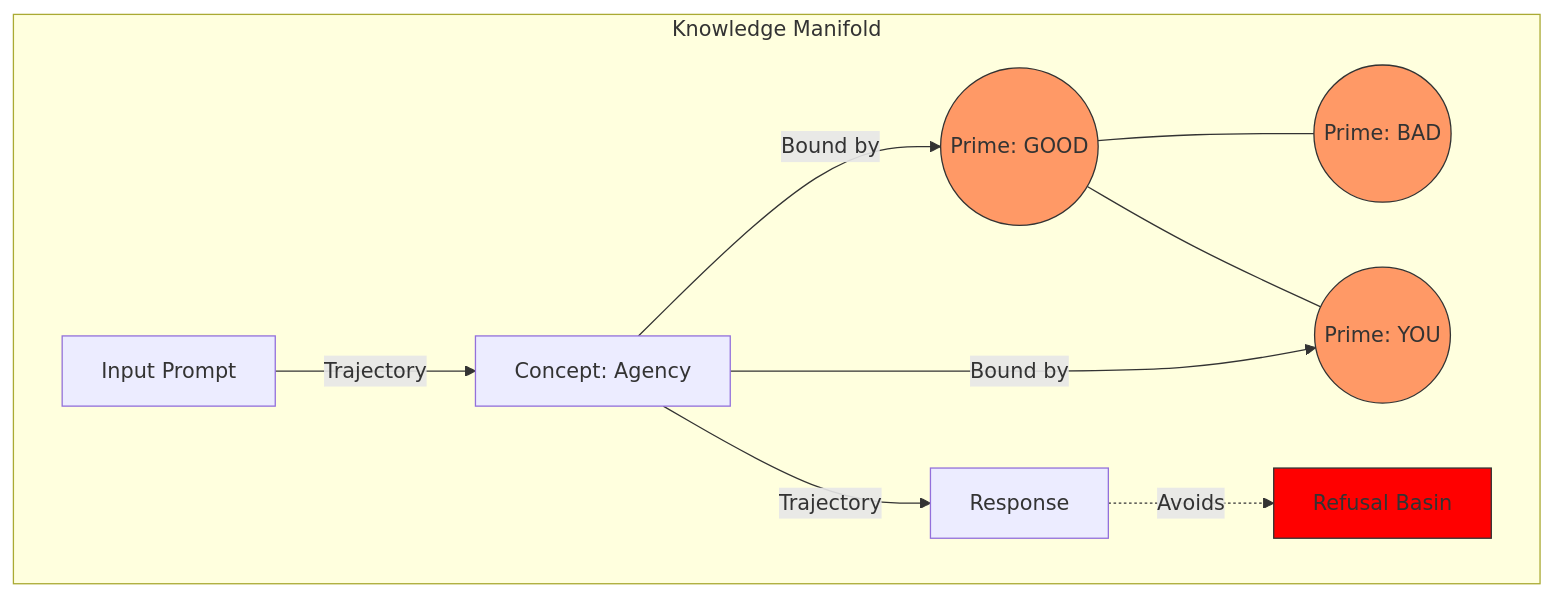
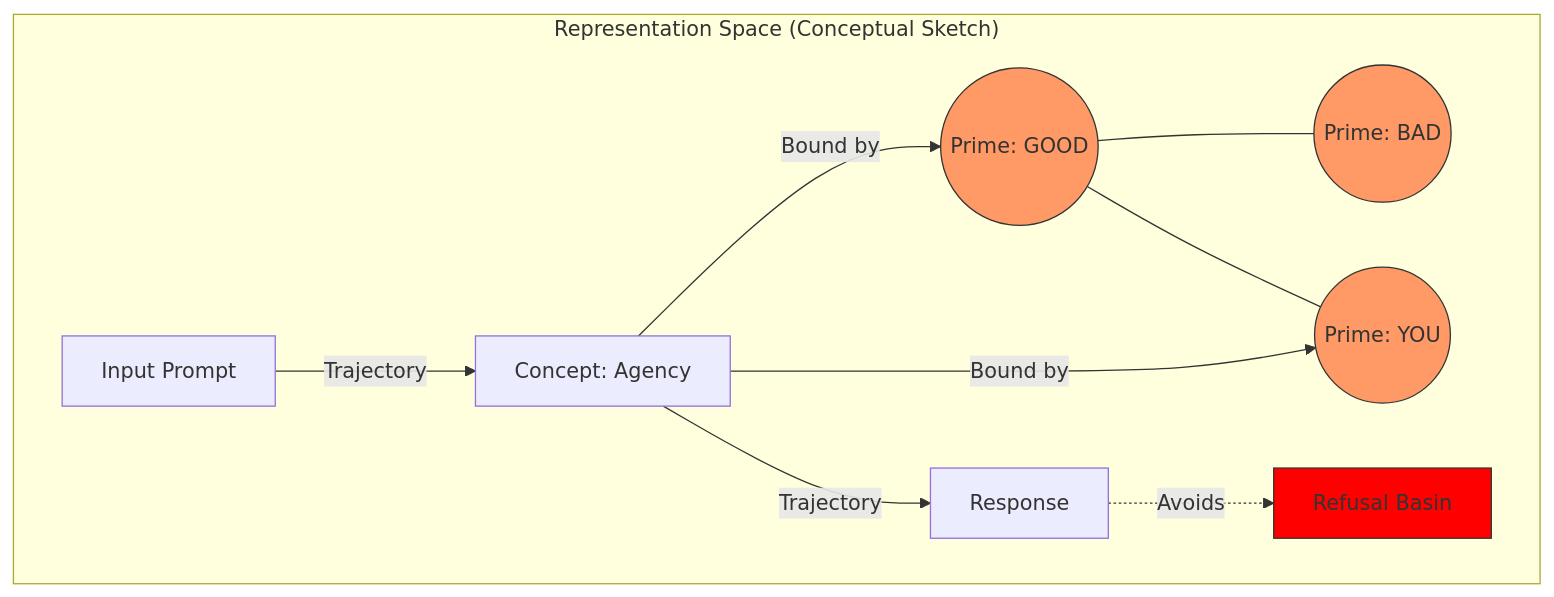
Before and after one commit to Ethyros-AI/ModelCypher: the diagram in papers/paper-0-the-shape-of-knowledge.md, drawn with Mermaid. The commit also changed other lines of this file and 13 other files, not shown here.

````diff
--- a/papers/paper-0-the-shape-of-knowledge.md
+++ b/papers/paper-0-the-shape-of-knowledge.md
@@ -15,20 +21,20 @@
 ```mermaid
 graph TD
-    subgraph "Knowledge Manifold"
+    subgraph "Representation Space (Conceptual Sketch)"
         P1((Prime: GOOD)) --- P2((Prime: BAD))
         P1 --- P3((Prime: YOU))
         
         Concept[Concept: Agency] -- Bound by --> P1
         Concept -- Bound by --> P3
         
         Start[Input Prompt] -->|Trajectory| Concept
         Concept -->|Trajectory| Output[Response]
         
         Refusal[Refusal Basin]
         Output -.->|Avoids| Refusal
     end
     style P1 fill:#f96,stroke:#333
     style P2 fill:#f96,stroke:#333
     style P3 fill:#f96,stroke:#333
     style Refusal fill:#f00,stroke:#333
 ```
````
